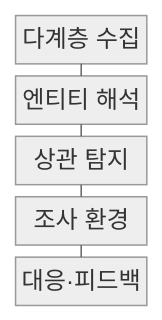
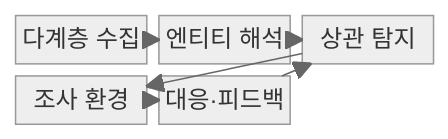
Before and after one commit to agnusdei1207/knowledge-base: the first of 2 diagrams in src/content/docs/notes/05-security/039_extended_detection_response.md, drawn with Mermaid (neutral theme). The commit also changed other lines of this file and 20 other files, not shown here.

````diff
--- a/src/content/docs/notes/05-security/039_extended_detection_response.md
+++ b/src/content/docs/notes/05-security/039_extended_detection_response.md
@@ -51,13 +51,14 @@
 ```mermaid
-block-beta
-  columns 1
+block
+  columns 3
   A["다계층 수집"]
   B["엔티티 해석"]
   C["상관 탐지"]
   D["조사 환경"]
   E["대응·피드백"]
-  A --- B
-  B --- C
-  C --- D
-  D --- E
+  A --> B
+  B --> C
+  C --> D
+  D --> E
+  E --> C
 ```
````
